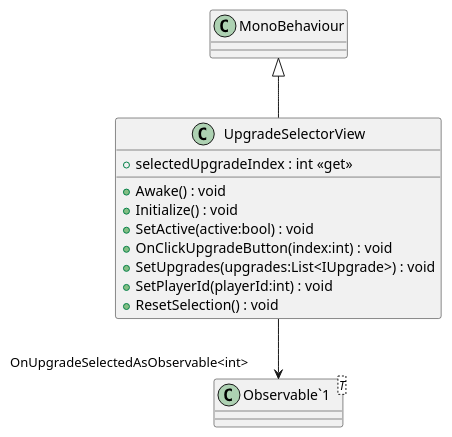
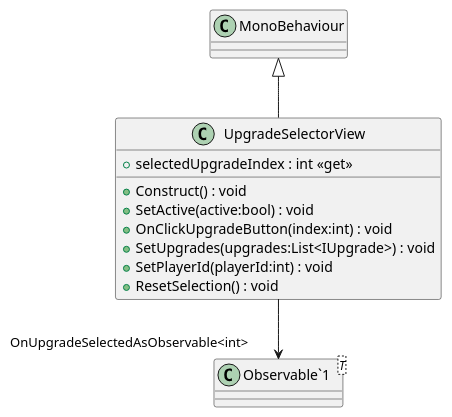
Before and after one commit to asterisk-cn/RougueShooter: the diagram in plantuml/auto/Upgrade/UpgradeSelectorView.puml, drawn with PlantUML. The commit also changed 44 other files, not shown here.

Commit message:
change: update uml

```diff
--- a/plantuml/auto/Upgrade/UpgradeSelectorView.puml
+++ b/plantuml/auto/Upgrade/UpgradeSelectorView.puml
@@ -1,16 +1,15 @@
 @startuml
 class UpgradeSelectorView {
     + selectedUpgradeIndex : int <<get>>
-    + Awake() : void
-    + Initialize() : void
+    + Construct() : void
     + SetActive(active:bool) : void
     + OnClickUpgradeButton(index:int) : void
     + SetUpgrades(upgrades:List<IUpgrade>) : void
     + SetPlayerId(playerId:int) : void
     + ResetSelection() : void
 }
 class "Observable`1"<T> {
 }
 MonoBehaviour <|-- UpgradeSelectorView
 UpgradeSelectorView --> "OnUpgradeSelectedAsObservable<int>" "Observable`1"
 @enduml
```
